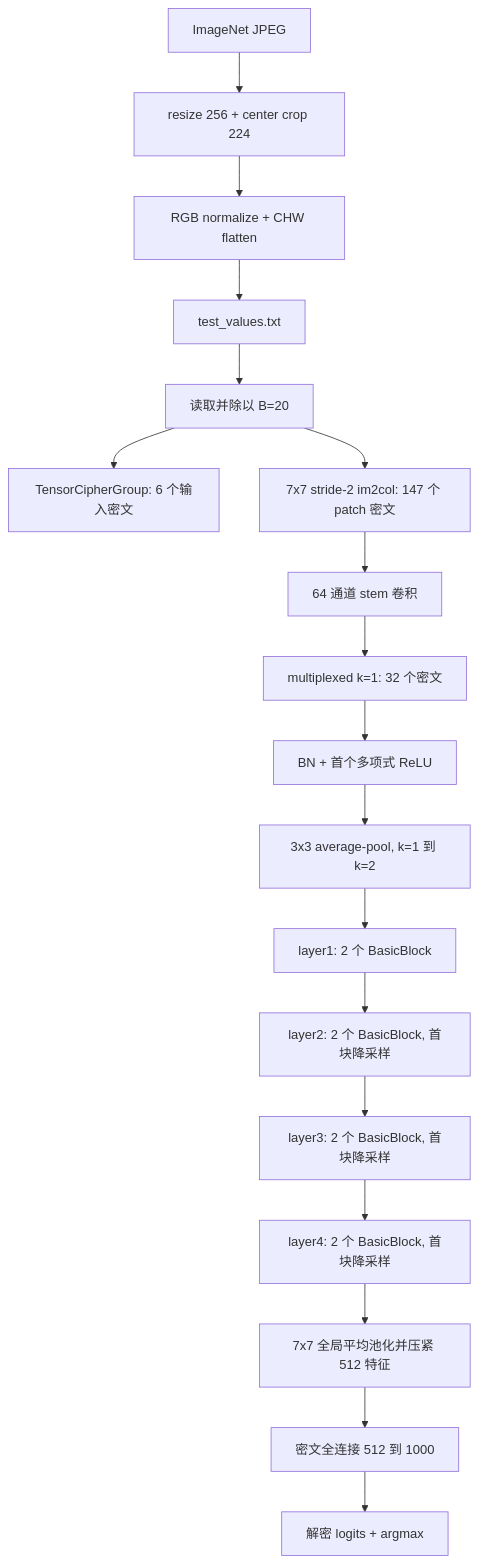
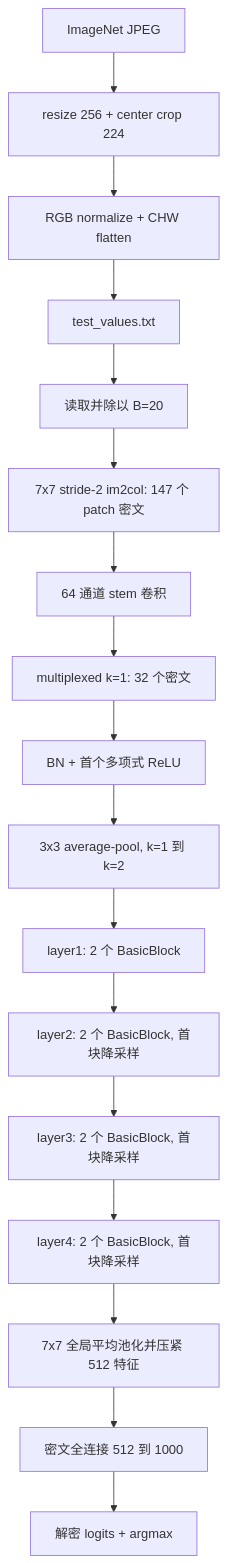
One commit to luhang-HPU/Trident changed the diagram in resnet18/ENCRYPTED_INFERENCE.md. Above: the diagram before and after it, drawn with Mermaid. The commit also changed other lines of this file and 5 other files, not shown here.

````diff
--- a/resnet18/ENCRYPTED_INFERENCE.md
+++ b/resnet18/ENCRYPTED_INFERENCE.md
@@ -36,20 +36,19 @@
 ```mermaid
 flowchart TD
     A[ImageNet JPEG] --> B[resize 256 + center crop 224]
     B --> C[RGB normalize + CHW flatten]
     C --> D[test_values.txt]
     D --> E[读取并除以 B=20]
-    E --> F[TensorCipherGroup: 6 个输入密文]
     E --> G[7x7 stride-2 im2col: 147 个 patch 密文]
     G --> H[64 通道 stem 卷积]
     H --> I[multiplexed k=1: 32 个密文]
     I --> J[BN + 首个多项式 ReLU]
     J --> K[3x3 average-pool, k=1 到 k=2]
     K --> L[layer1: 2 个 BasicBlock]
     L --> M[layer2: 2 个 BasicBlock, 首块降采样]
     M --> N[layer3: 2 个 BasicBlock, 首块降采样]
     N --> O[layer4: 2 个 BasicBlock, 首块降采样]
     O --> P[7x7 全局平均池化并压紧 512 特征]
     P --> Q[密文全连接 512 到 1000]
     Q --> R[解密 logits + argmax]
 ```
````
